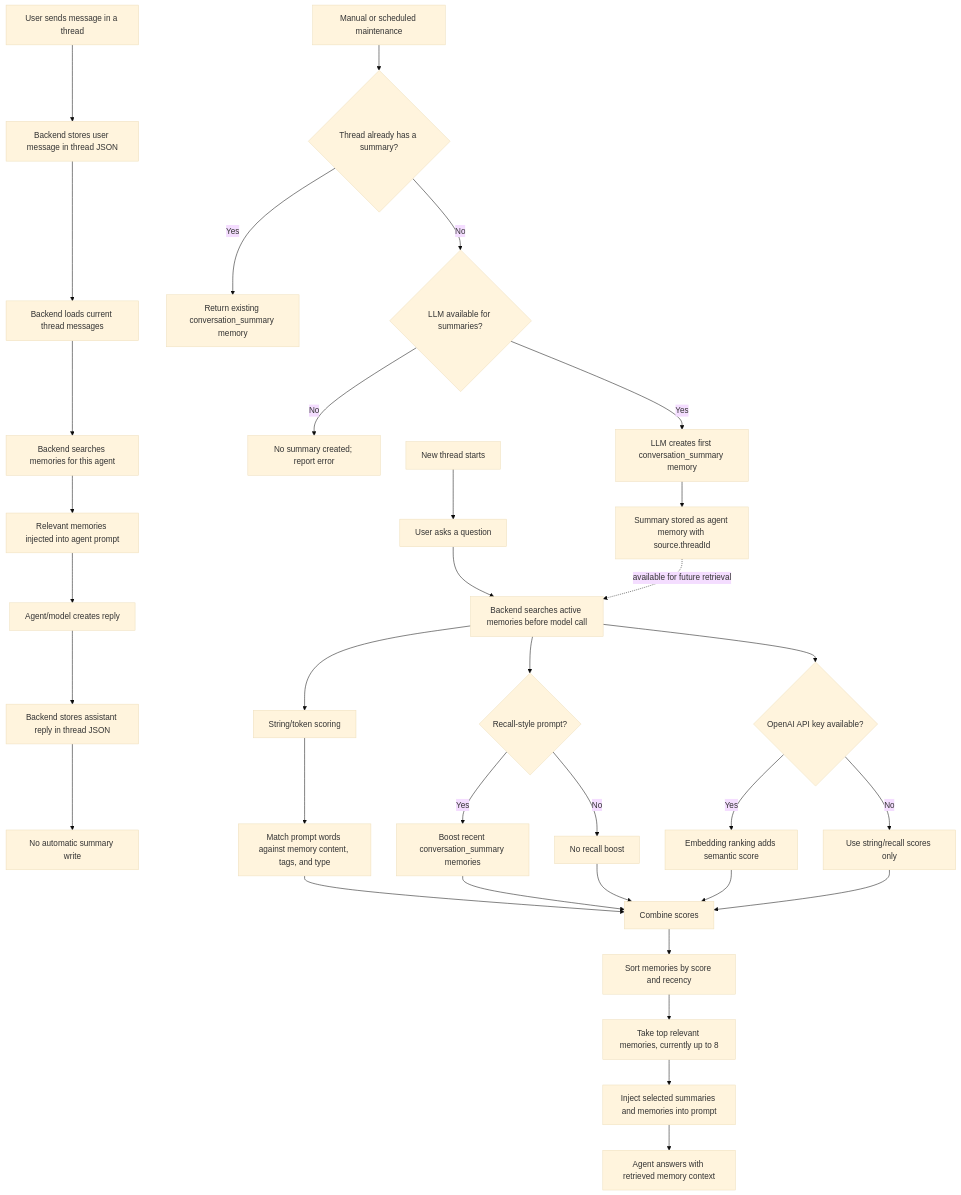
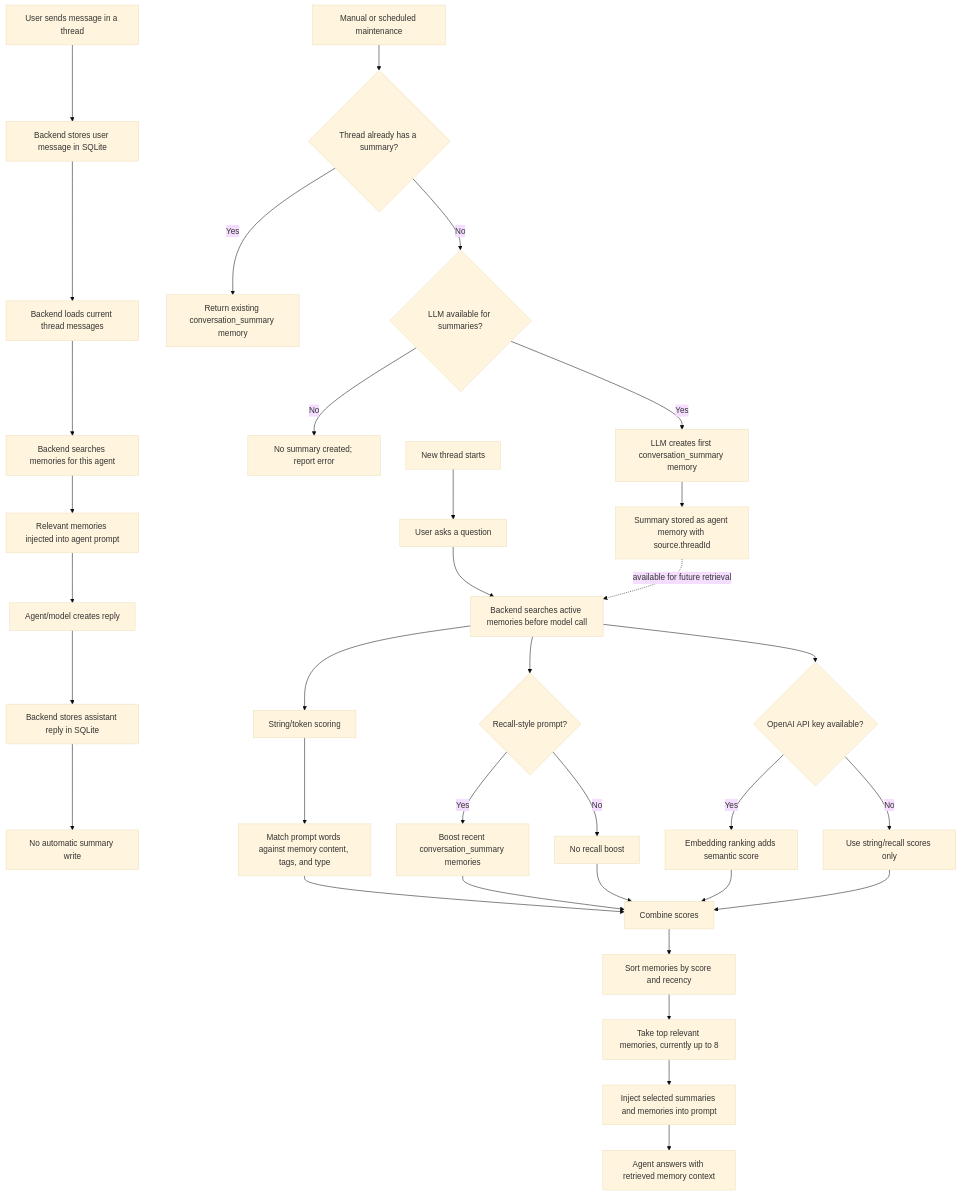
One commit to derrodo61/rdma26 changed the diagram in docs/memory.md. Above: the diagram before and after it, drawn with Mermaid (base theme). The commit also changed other lines of this file and 25 other files, not shown here.

````diff
--- a/docs/memory.md
+++ b/docs/memory.md
@@ -257,44 +264,44 @@
 ```mermaid
 flowchart TD
-    A["User sends message in a thread"] --> B["Backend stores user message in thread JSON"]
+    A["User sends message in a thread"] --> B["Backend stores user message in SQLite"]
     B --> C["Backend loads current thread messages"]
     C --> D["Backend searches memories for this agent"]
     D --> E["Relevant memories injected into agent prompt"]
     E --> F["Agent/model creates reply"]
-    F --> G["Backend stores assistant reply in thread JSON"]
+    F --> G["Backend stores assistant reply in SQLite"]
 
     G --> H["No automatic summary write"]
 
     M["Manual or scheduled maintenance"] --> N{"Thread already has a summary?"}
     N -- "Yes" --> O["Return existing conversation_summary memory"]
     N -- "No" --> P{"LLM available for summaries?"}
     P -- "No" --> Q["No summary created; report error"]
     P -- "Yes" --> R["LLM creates first conversation_summary memory"]
     R --> S["Summary stored as agent memory with source.threadId"]
 
     T["New thread starts"] --> U["User asks a question"]
     U --> V["Backend searches active memories before model call"]
 
     V --> W["String/token scoring"]
     V --> X{"Recall-style prompt?"}
     V --> Y{"OpenAI API key available?"}
 
     W --> Z["Match prompt words against memory content, tags, and type"]
     X -- "Yes" --> AA["Boost recent conversation_summary memories"]
     X -- "No" --> AB["No recall boost"]
     Y -- "Yes" --> AC["Embedding ranking adds semantic score"]
     Y -- "No" --> AD["Use string/recall scores only"]
 
     Z --> AE["Combine scores"]
     AA --> AE
     AB --> AE
     AC --> AE
     AD --> AE
 
     AE --> AF["Sort memories by score and recency"]
     AF --> AG["Take top relevant memories, currently up to 8"]
     AG --> AH["Inject selected summaries and memories into prompt"]
     AH --> AI["Agent answers with retrieved memory context"]
 
     S -. "available for future retrieval" .-> V
 ```
````
